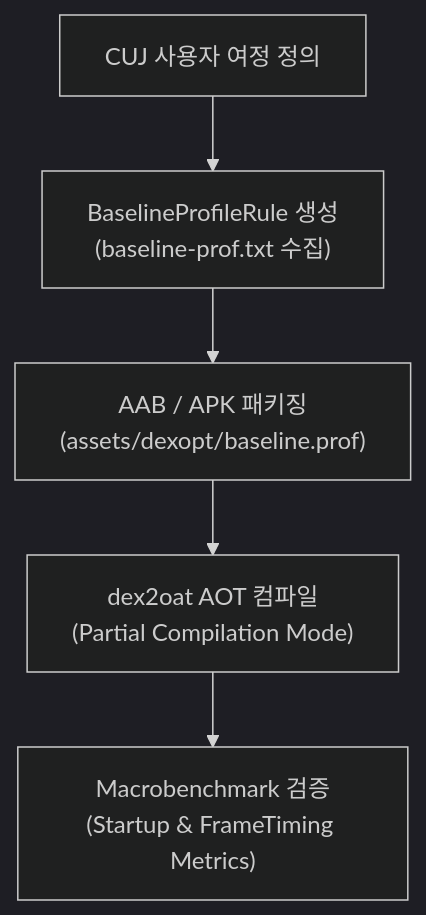
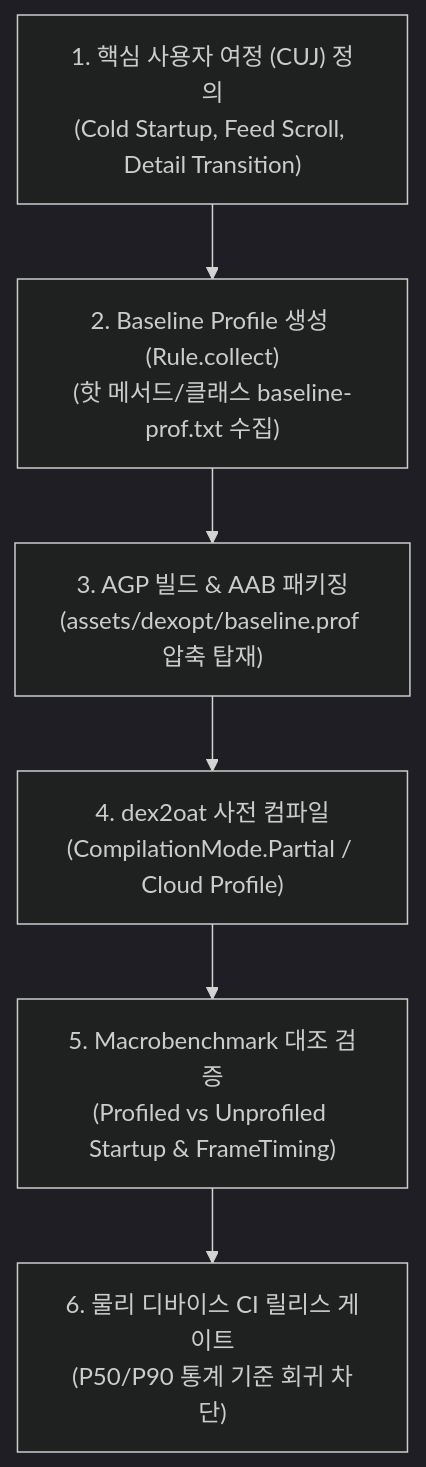
One commit to youngmin-gwon/what-i-studied changed the diagram in 01_inbox/mobile/android/06_testing_performance/benchmark/benchmark-baseline.md. Above: the diagram before and after it, drawn with Mermaid (dark theme). The commit also changed other lines of this file and 83 other files, not shown here.

````diff
--- a/01_inbox/mobile/android/06_testing_performance/benchmark/benchmark-baseline.md
+++ b/01_inbox/mobile/android/06_testing_performance/benchmark/benchmark-baseline.md
@@ -15,14 +17,16 @@
 ```mermaid
 flowchart TD
-    CUJ["CUJ 사용자 여정 정의"]
+    CUJ["1. 핵심 사용자 여정 (CUJ) 정의<br/>(Cold Startup, Feed Scroll, Detail Transition)"]
     
-    BPGen["BaselineProfileRule 생성<br/>(baseline-prof.txt 수집)"]
-    Packaging["AAB / APK 패키징<br/>(assets/dexopt/baseline.prof)"]
-    Dex2Oat["dex2oat AOT 컴파일<br/>(Partial Compilation Mode)"]
-    Macrobench["Macrobenchmark 검증<br/>(Startup & FrameTiming Metrics)"]
+    BPGen["2. Baseline Profile 생성 (Rule.collect)<br/>(핫 메서드/클래스 baseline-prof.txt 수집)"]
+    Packaging["3. AGP 빌드 & AAB 패키징<br/>(assets/dexopt/baseline.prof 압축 탑재)"]
+    Dex2Oat["4. dex2oat 사전 컴파일<br/>(CompilationMode.Partial / Cloud Profile)"]
+    Macrobench["5. Macrobenchmark 대조 검증<br/>(Profiled vs Unprofiled Startup & FrameTiming)"]
+    CIGate["6. 물리 디바이스 CI 릴리스 게이트<br/>(P50/P90 통계 기준 회귀 차단)"]
 
     CUJ --> BPGen
     BPGen --> Packaging
     Packaging --> Dex2Oat
     Dex2Oat --> Macrobench
+    Macrobench --> CIGate
 ```
````
